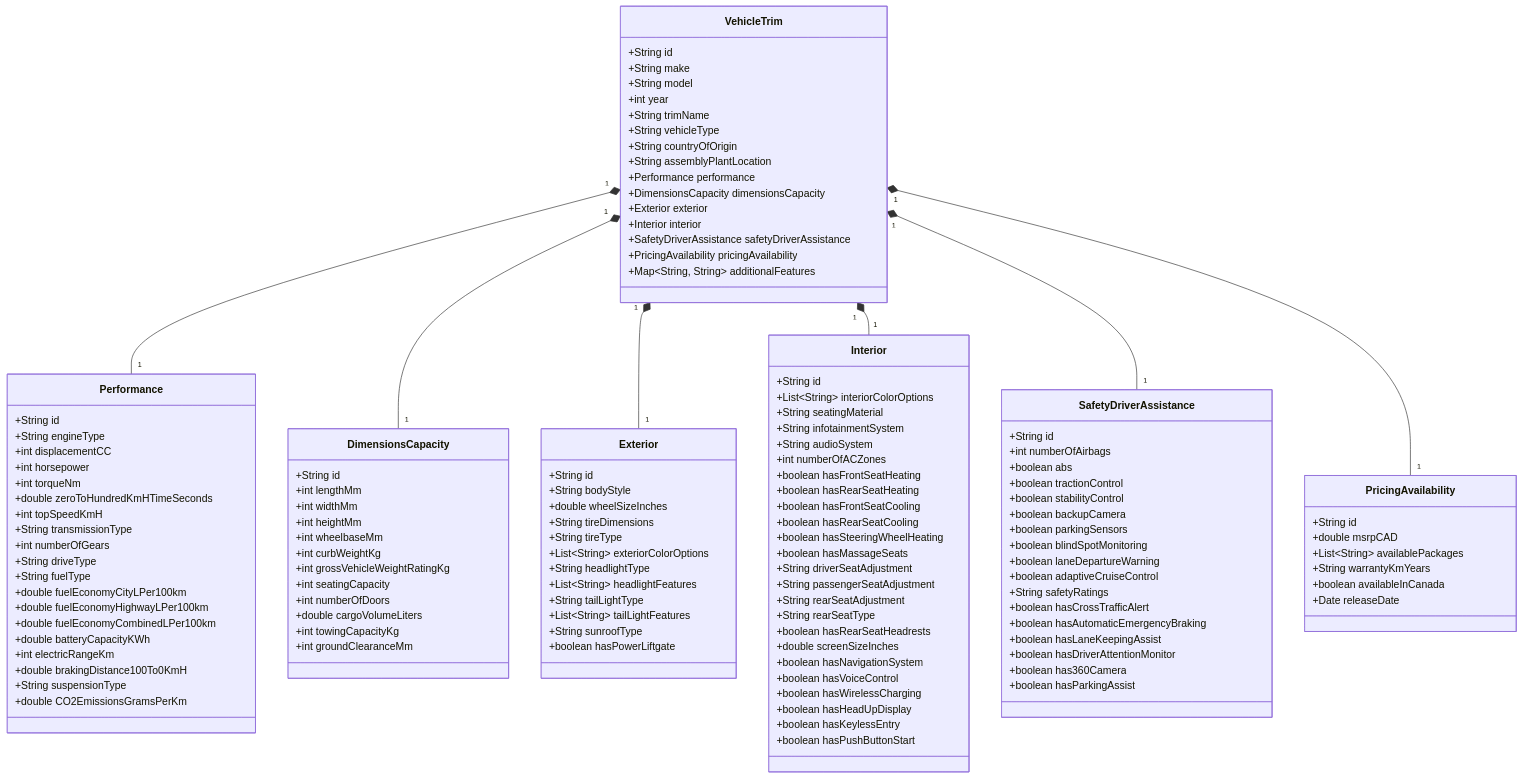
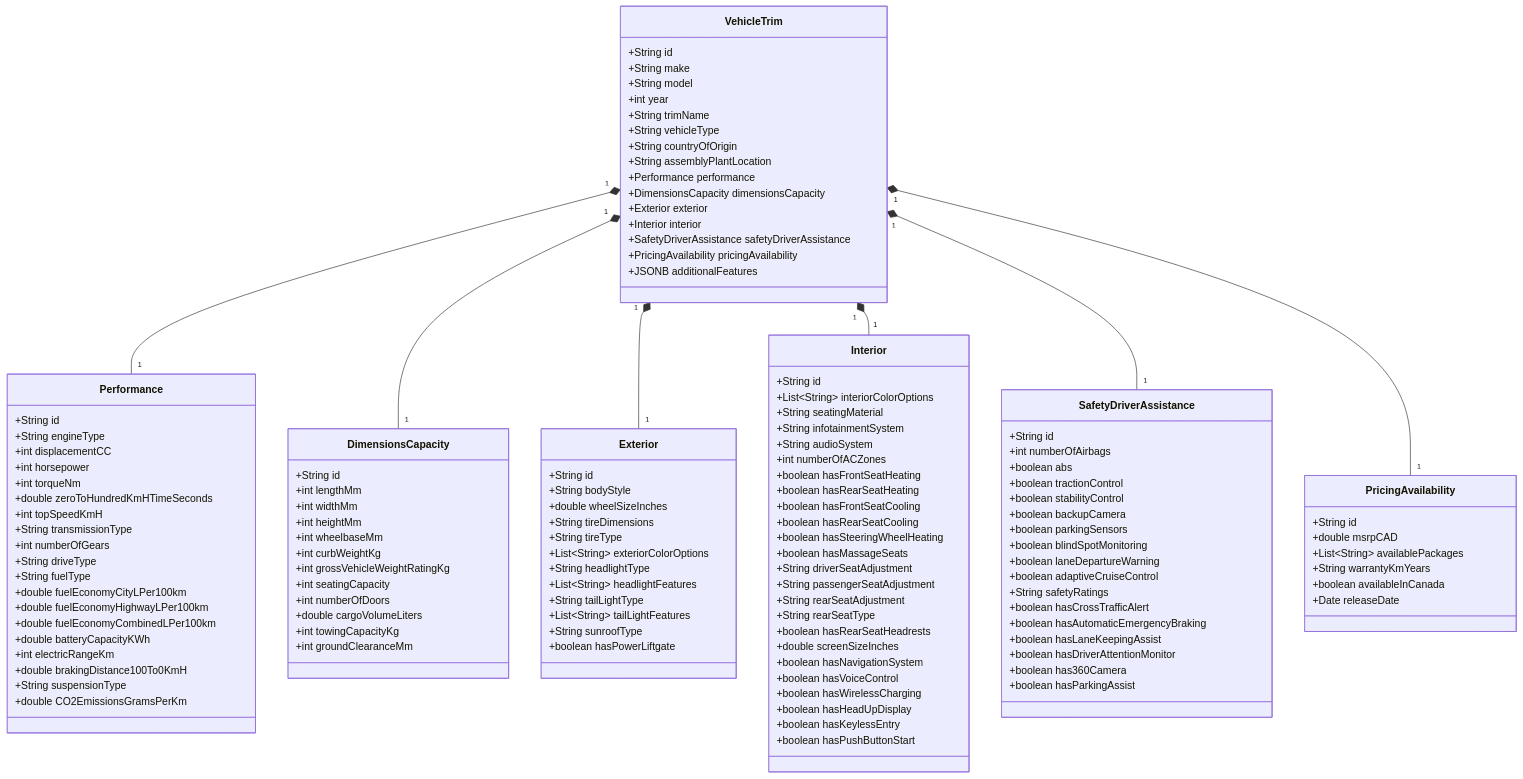
One commit to sekhar546/autodatastore changed the diagram in docs/DESIGN_DOCUMENTATION.md. Above: the diagram before and after it, drawn with Mermaid. The commit also changed other lines of this file and 2 other files, not shown here.

```diff
--- a/docs/DESIGN_DOCUMENTATION.md
+++ b/docs/DESIGN_DOCUMENTATION.md
@@ -25,7 +25,7 @@
         +Interior interior
         +SafetyDriverAssistance safetyDriverAssistance
         +PricingAvailability pricingAvailability
-        +Map~String, String~ additionalFeatures
+        +JSONB additionalFeatures
     }
 
     class Performance {
```
